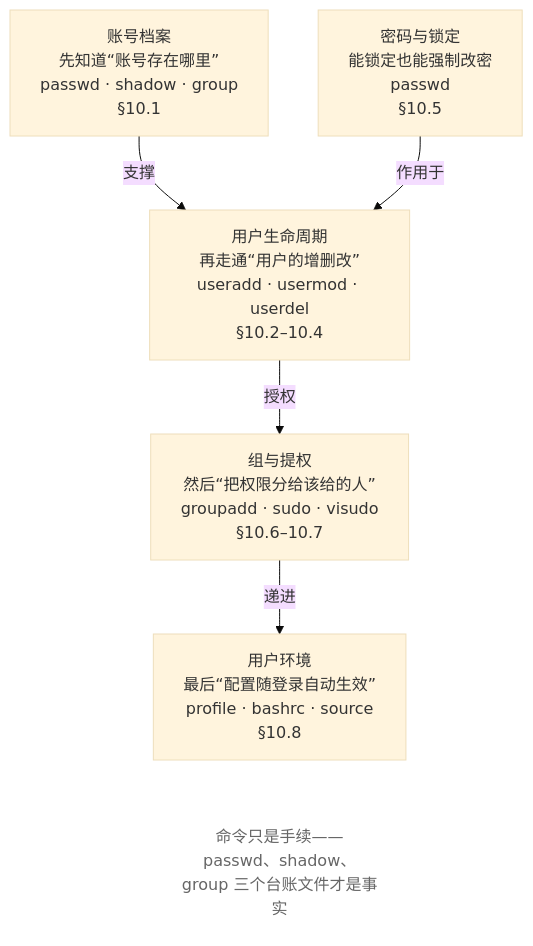
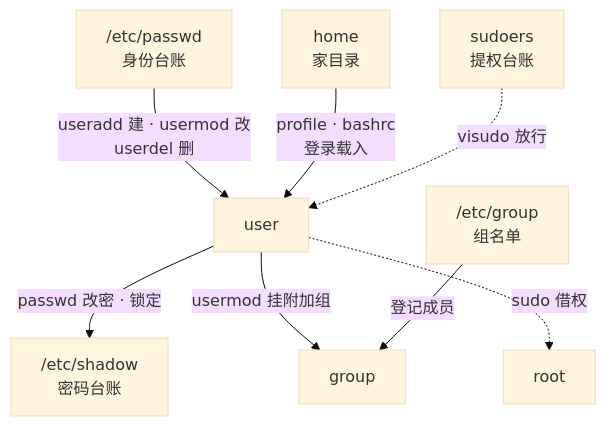
The first of 2 diagrams in src/linux-command/ch10.md (wangxiangnan/wangxiangnan.github.io), drawn with Mermaid (base theme) before and after one commit. The commit also changed other lines of this file and 15 other files, not shown here.

````diff
--- a/src/linux-command/ch10.md
+++ b/src/linux-command/ch10.md
@@ -14,18 +14,18 @@
 ```mermaid
 flowchart TB
-    A["账号档案<br>先知道“账号存在哪里”<br>passwd · shadow · group<br>§10.1"]
-    B["用户生命周期<br>再走通“用户的增删改”<br>useradd · usermod · userdel<br>§10.2–10.4"]
-    C["密码与锁定<br>能锁定也能强制改密<br>passwd<br>§10.5"]
-    D["组与提权<br>然后“把权限分给该给的人”<br>groupadd · sudo · visudo<br>§10.6–10.7"]
-    E["用户环境<br>最后“配置随登录自动生效”<br>profile · bashrc · source<br>§10.8"]
-    NOTE["命令只是手续——passwd、shadow、group 三个台账文件才是事实"]
-
-    A -->|支撑| B
-    B -->|授权| D
-    D -->|递进| E
-    C -->|作用于| B
-    E ~~~ NOTE
-
-    classDef note fill:none,stroke:none,color:#666
-    class NOTE note
+    PW["/etc/passwd<br>身份台账"]
+    SH["/etc/shadow<br>密码台账"]
+    GR["/etc/group<br>组名单"]
+    SD["sudoers<br>提权台账"]
+    U["user"]
+    G["group"]
+    H["home<br>家目录"]
+    ROOT["root"]
+    PW -->|"useradd 建 · usermod 改<br>userdel 删"| U
+    U -->|"passwd 改密 · 锁定"| SH
+    U -->|"usermod 挂附加组"| G
+    GR -->|"登记成员"| G
+    H -->|"profile · bashrc<br>登录载入"| U
+    SD -.->|"visudo 放行"| U
+    U -.->|"sudo 借权"| ROOT
 ```
````
